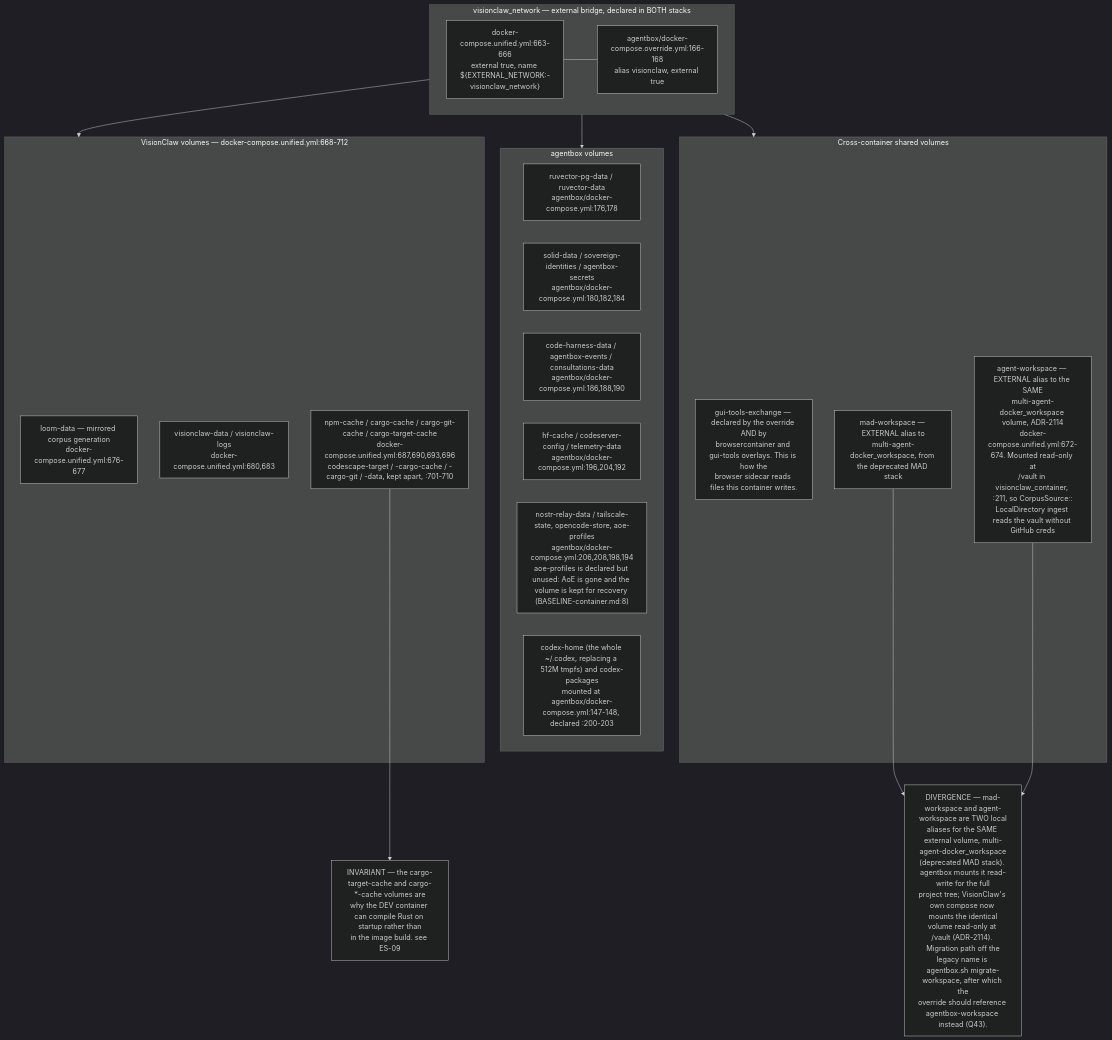
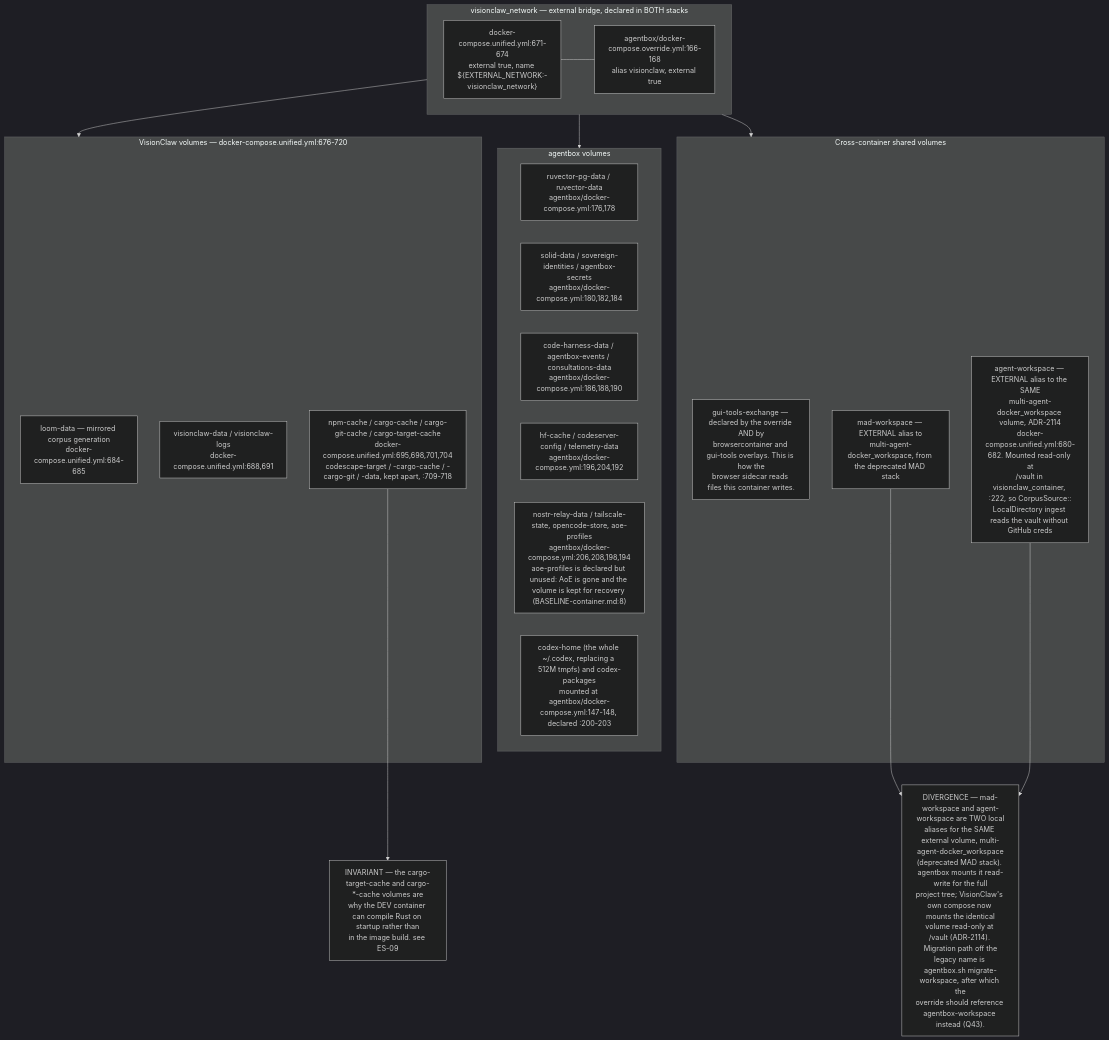
The fourth of 8 diagrams in docs/diagrams/estate/01-estate-topology.md (DreamLab-AI/VisionFlow), drawn with Mermaid (dark theme) before and after one commit. The commit also changed other lines of this file and 142 other files, not shown here.

First line of the commit message:
docs(diagrams): one System One route; re-verify 140 topics at today's heads

````diff
--- a/docs/diagrams/estate/01-estate-topology.md
+++ b/docs/diagrams/estate/01-estate-topology.md
@@ -183,37 +185,37 @@
 ```mermaid
 flowchart TB
     subgraph net["visionclaw_network — external bridge, declared in BOTH stacks"]
-        N1["docker-compose.unified.yml:663-666<br/>external true, name ${EXTERNAL_NETWORK:-visionclaw_network}"]
+        N1["docker-compose.unified.yml:671-674<br/>external true, name ${EXTERNAL_NETWORK:-visionclaw_network}"]
         N2["agentbox/docker-compose.override.yml:166-168<br/>alias visionclaw, external true"]
     end
-    subgraph vcvol["VisionClaw volumes — docker-compose.unified.yml:668-712"]
-        V1["loom-data — mirrored corpus generation<br/>docker-compose.unified.yml:676-677"]
-        V2["visionclaw-data / visionclaw-logs<br/>docker-compose.unified.yml:680,683"]
-        V3["npm-cache / cargo-cache / cargo-git-cache / cargo-target-cache<br/>docker-compose.unified.yml:687,690,693,696<br/>codescape-target / -cargo-cache / -cargo-git / -data, kept apart, :701-710"]
+    subgraph vcvol["VisionClaw volumes — docker-compose.unified.yml:676-720"]
+        V1["loom-data — mirrored corpus generation<br/>docker-compose.unified.yml:684-685"]
+        V2["visionclaw-data / visionclaw-logs<br/>docker-compose.unified.yml:688,691"]
+        V3["npm-cache / cargo-cache / cargo-git-cache / cargo-target-cache<br/>docker-compose.unified.yml:695,698,701,704<br/>codescape-target / -cargo-cache / -cargo-git / -data, kept apart, :709-718"]
     end
     subgraph abvol["agentbox volumes"]
         W1["ruvector-pg-data / ruvector-data<br/>agentbox/docker-compose.yml:176,178"]
         W2["solid-data / sovereign-identities / agentbox-secrets<br/>agentbox/docker-compose.yml:180,182,184"]
         W3["code-harness-data / agentbox-events / consultations-data<br/>agentbox/docker-compose.yml:186,188,190"]
         W4["hf-cache / codeserver-config / telemetry-data<br/>agentbox/docker-compose.yml:196,204,192"]
         W5["nostr-relay-data / tailscale-state, opencode-store, aoe-profiles<br/>agentbox/docker-compose.yml:206,208,198,194<br/>aoe-profiles is declared but unused: AoE is gone and the volume is kept for recovery (BASELINE-container.md:8)"]
         W6["codex-home (the whole ~/.codex, replacing a 512M tmpfs) and codex-packages<br/>mounted at agentbox/docker-compose.yml:147-148, declared :200-203"]
     end
     subgraph shared["Cross-container shared volumes"]
         S1["gui-tools-exchange — declared by the override AND by<br/>browsercontainer and gui-tools overlays. This is how the<br/>browser sidecar reads files this container writes."]
         S2["mad-workspace — EXTERNAL alias to<br/>multi-agent-docker_workspace, from the deprecated MAD stack"]
-        S3["agent-workspace — EXTERNAL alias to the SAME<br/>multi-agent-docker_workspace volume, ADR-2114<br/>docker-compose.unified.yml:672-674. Mounted read-only at<br/>/vault in visionclaw_container, :211, so CorpusSource::<br/>LocalDirectory ingest reads the vault without GitHub creds"]
+        S3["agent-workspace — EXTERNAL alias to the SAME<br/>multi-agent-docker_workspace volume, ADR-2114<br/>docker-compose.unified.yml:680-682. Mounted read-only at<br/>/vault in visionclaw_container, :222, so CorpusSource::<br/>LocalDirectory ingest reads the vault without GitHub creds"]
     end
 
     N1 --- N2
     net --> vcvol
     net --> abvol
     net --> shared
 
     D1["DIVERGENCE — mad-workspace and agent-workspace are TWO local<br/>aliases for the SAME external volume, multi-agent-docker_workspace<br/>(deprecated MAD stack). agentbox mounts it read-write for the full<br/>project tree; VisionClaw's own compose now mounts the identical<br/>volume read-only at /vault (ADR-2114). Migration path off the<br/>legacy name is agentbox.sh migrate-workspace, after which the<br/>override should reference agentbox-workspace instead (Q43)."]
     INV["INVARIANT — the cargo-target-cache and cargo-*-cache volumes are<br/>why the DEV container can compile Rust on startup rather than<br/>in the image build. see ES-09"]
 
     S2 --> D1
     S3 --> D1
     V3 --> INV
 ```
````
